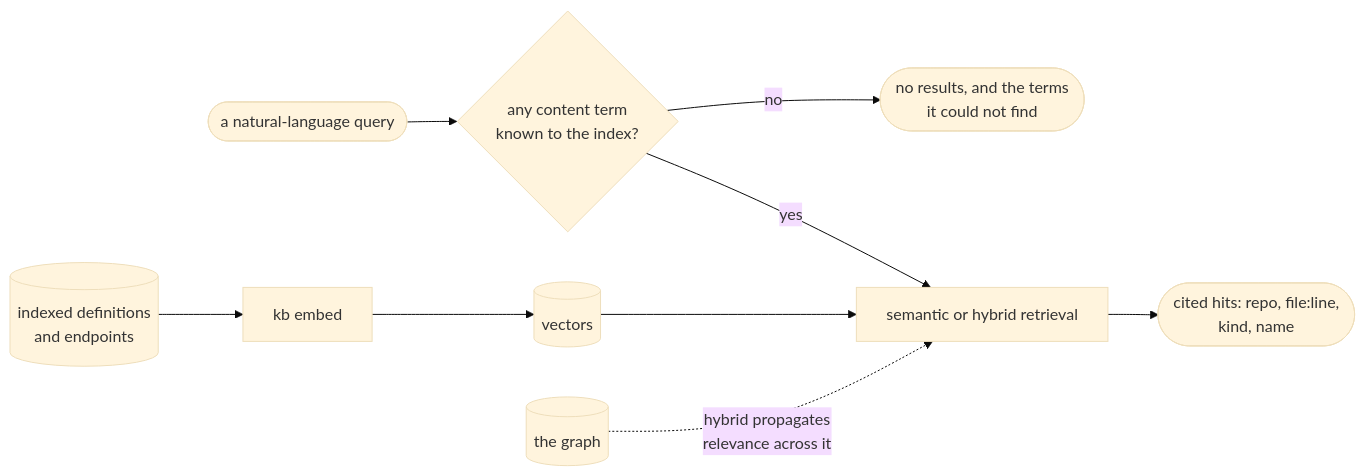
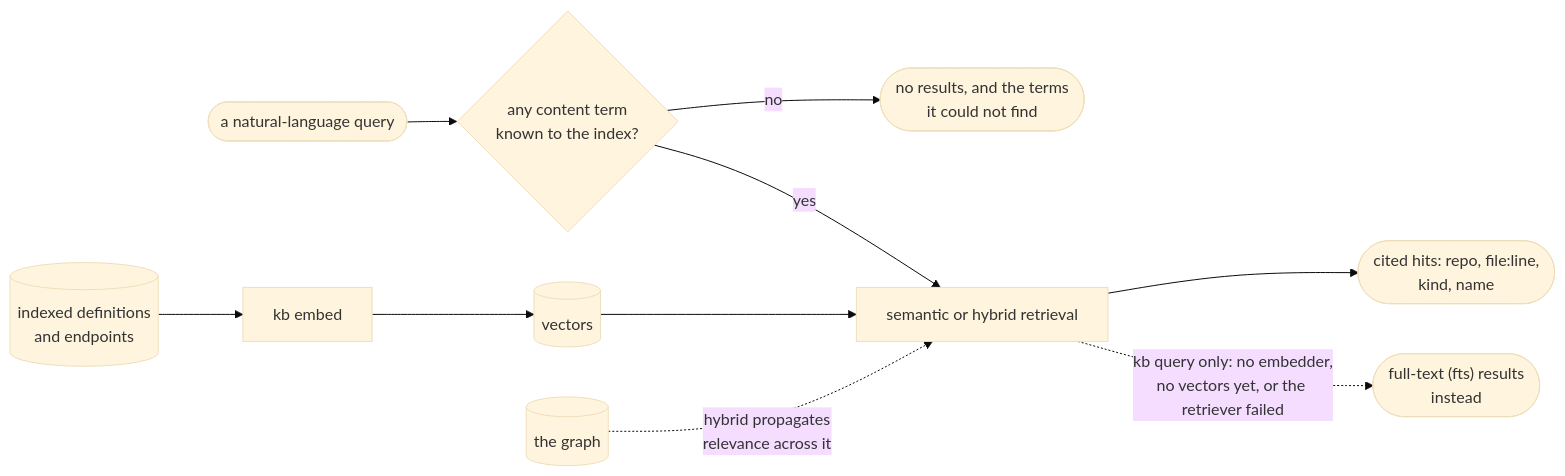
One commit to sayak-sarkar/contextlake changed the diagram in docs/searching-semantically.md. Above: the diagram before and after it, drawn with Mermaid (base theme). The commit also changed 11 other files, not shown here.

First line of the commit message:
docs(site): correct 22 claims and diagrams on 12 docs pages

````diff
--- a/docs/searching-semantically.md
+++ b/docs/searching-semantically.md
@@ -15,10 +15,11 @@
 ```mermaid
 flowchart LR
   N[("indexed definitions<br/>and endpoints")] --> EMB["kb embed"] --> V[("vectors")]
   Q(["a natural-language query"]) --> A{"any content term<br/>known to the index?"}
   A -->|no| NONE(["no results, and the terms<br/>it could not find"])
   A -->|yes| R["semantic or hybrid retrieval"]
   V --> R
   G[("the graph")] -.->|"hybrid propagates<br/>relevance across it"| R
   R --> H(["cited hits: repo, file:line,<br/>kind, name"])
+  R -.->|"kb query only: no embedder,<br/>no vectors yet, or the retriever failed"| FTS(["full-text (fts) results<br/>instead"])
 ```
````
